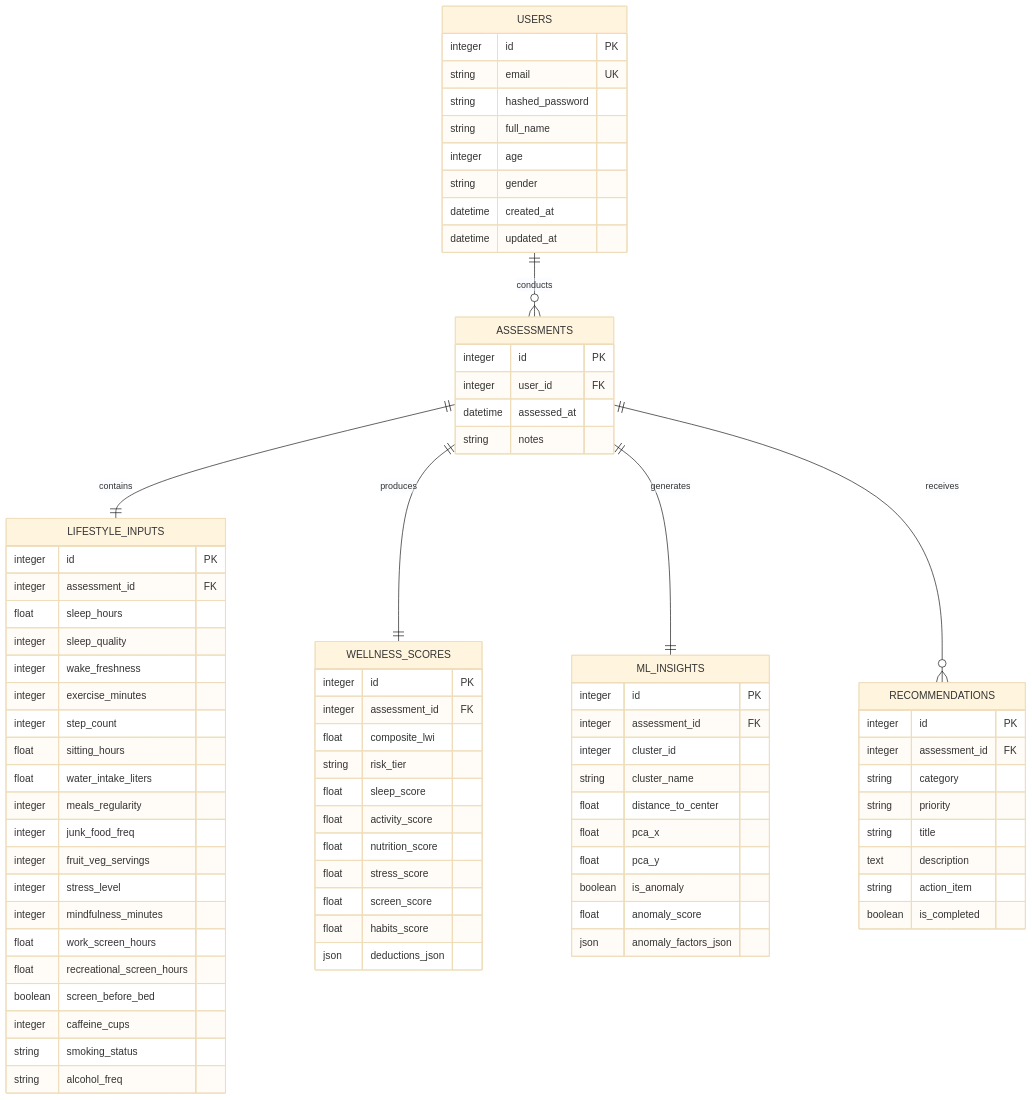
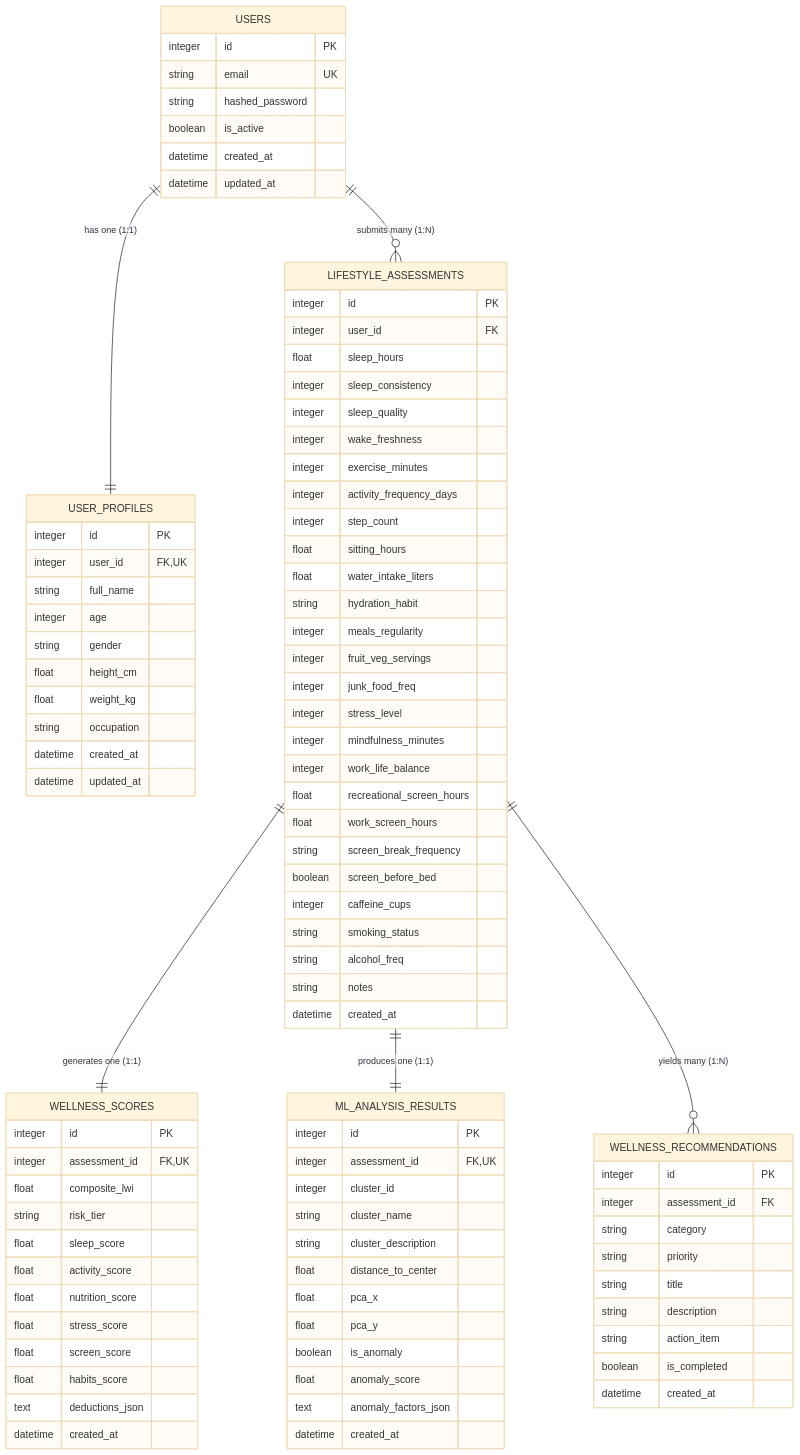
The diagram in DATABASE_DESIGN.md (Badriprasad18/Lifesync), drawn with Mermaid (base theme) before and after one commit. The commit also changed other lines of this file and 10 other files, not shown here.

Commit message:
docs(phase-10): complete comprehensive academic project documentation, UML/DFD diagrams, viva voce preparation guide, and one-click launcher

````diff
--- a/DATABASE_DESIGN.md
+++ b/DATABASE_DESIGN.md
@@ -28,55 +28,66 @@
 ```mermaid
 erDiagram
-    USERS ||--o{ ASSESSMENTS : conducts
-    ASSESSMENTS ||--|| LIFESTYLE_INPUTS : contains
-    ASSESSMENTS ||--|| WELLNESS_SCORES : produces
-    ASSESSMENTS ||--|| ML_INSIGHTS : generates
-    ASSESSMENTS ||--o{ RECOMMENDATIONS : receives
+    USERS ||--|| USER_PROFILES : "has one (1:1)"
+    USERS ||--o{ LIFESTYLE_ASSESSMENTS : "submits many (1:N)"
+    LIFESTYLE_ASSESSMENTS ||--|| WELLNESS_SCORES : "generates one (1:1)"
+    LIFESTYLE_ASSESSMENTS ||--|| ML_ANALYSIS_RESULTS : "produces one (1:1)"
+    LIFESTYLE_ASSESSMENTS ||--o{ WELLNESS_RECOMMENDATIONS : "yields many (1:N)"
 
     USERS {
         integer id PK
         string email UK
         string hashed_password
-        string full_name
-        integer age
-        string gender
+        boolean is_active
         datetime created_at
         datetime updated_at
     }
 
-    ASSESSMENTS {
+    USER_PROFILES {
+        integer id PK
+        integer user_id FK, UK
+        string full_name
+        integer age
+        string gender
+        float height_cm
+        float weight_kg
+        string occupation
+        datetime created_at
+        datetime updated_at
+    }
+
+    LIFESTYLE_ASSESSMENTS {
         integer id PK
         integer user_id FK
-        datetime assessed_at
-        string notes
-    }
-
-    LIFESTYLE_INPUTS {
-        integer id PK
-        integer assessment_id FK
         float sleep_hours
+        integer sleep_consistency
         integer sleep_quality
         integer wake_freshness
         integer exercise_minutes
+        integer activity_frequency_days
         integer step_count
         float sitting_hours
         float water_intake_liters
+        string hydration_habit
         integer meals_regularity
+        integer fruit_veg_servings
         integer junk_food_freq
-        integer fruit_veg_servings
         integer stress_level
         integer mindfulness_minutes
+        integer work_life_balance
+        float recreational_screen_hours
         float work_screen_hours
-        float recreational_screen_hours
+        string screen_break_frequency
         boolean screen_before_bed
         integer caffeine_cups
         string smoking_status
         string alcohol_freq
+        string notes
+        datetime created_at
     }
 
     WELLNESS_SCORES {
         integer id PK
-        integer assessment_id FK
+        integer assessment_id FK, UK
         float composite_lwi
         string risk_tier
         float sleep_score
@@ -85,30 +96,34 @@
         float stress_score
         float screen_score
         float habits_score
-        json deductions_json
+        text deductions_json
+        datetime created_at
     }
 
-    ML_INSIGHTS {
+    ML_ANALYSIS_RESULTS {
         integer id PK
-        integer assessment_id FK
+        integer assessment_id FK, UK
         integer cluster_id
         string cluster_name
+        string cluster_description
         float distance_to_center
         float pca_x
         float pca_y
         boolean is_anomaly
         float anomaly_score
-        json anomaly_factors_json
+        text anomaly_factors_json
+        datetime created_at
     }
 
-    RECOMMENDATIONS {
+    WELLNESS_RECOMMENDATIONS {
         integer id PK
         integer assessment_id FK
         string category
         string priority
         string title
-        text description
+        string description
         string action_item
         boolean is_completed
+        datetime created_at
     }
 ```
````
